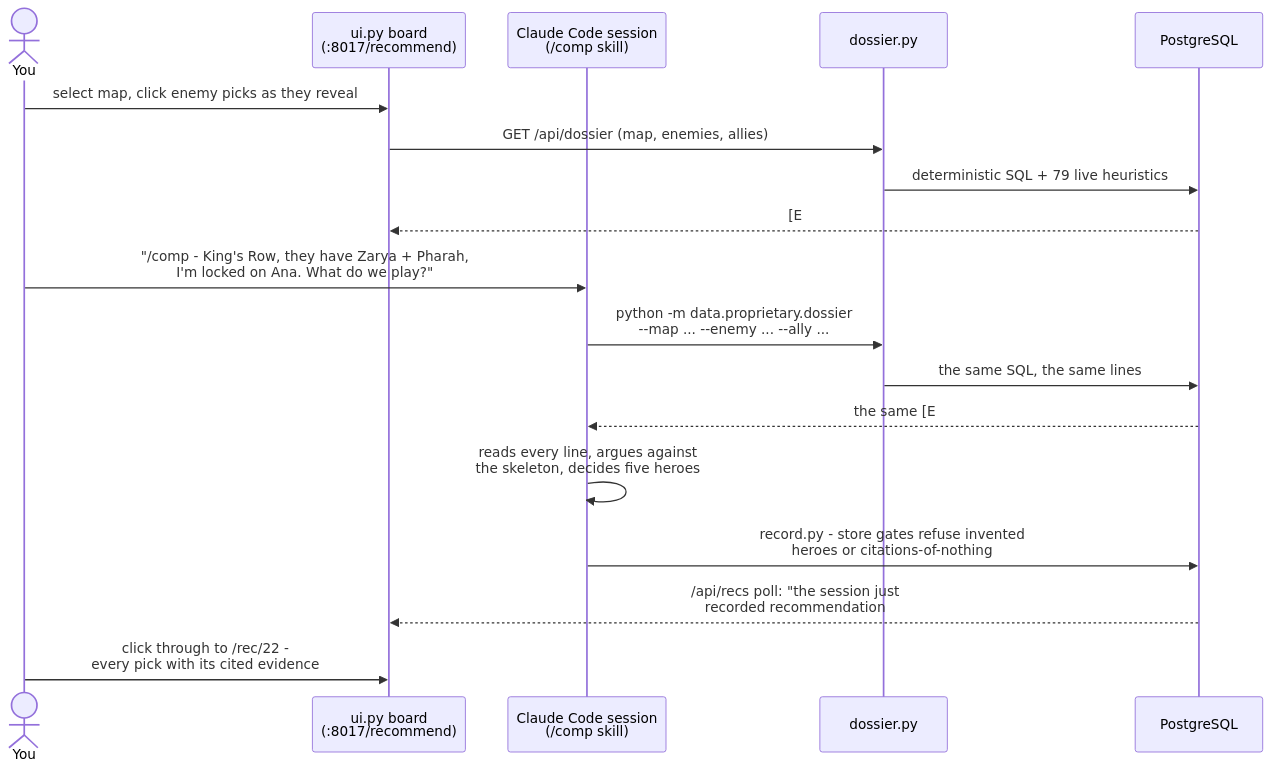
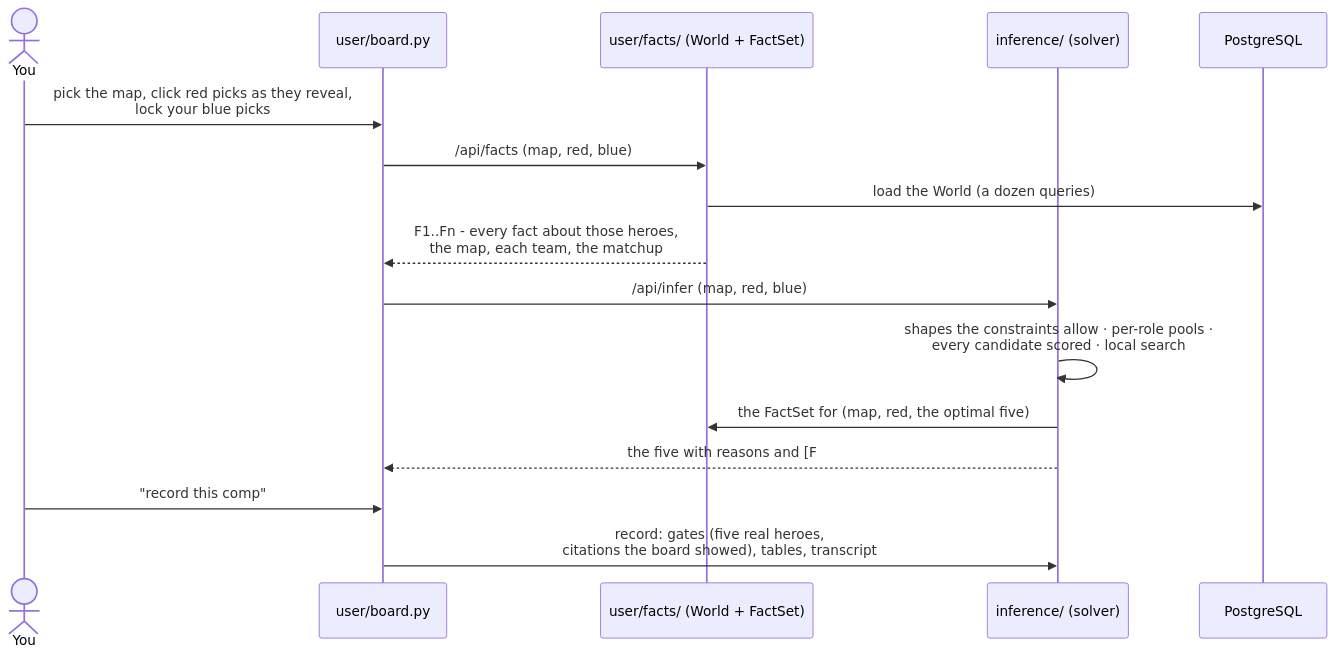
The second of 5 diagrams in docs/architecture.md (mmikol/counter-utility-matrix), drawn with Mermaid before and after one commit. The commit also changed other lines of this file and 140 other files, not shown here.

````diff
--- a/docs/architecture.md
+++ b/docs/architecture.md
@@ -78,22 +75,19 @@
 ```mermaid
 sequenceDiagram
     actor You
-    participant Board as ui.py board<br/>(:8017/recommend)
-    participant Claude as Claude Code session<br/>(/comp skill)
-    participant Dossier as dossier.py
+    participant Board as user/board.py
+    participant Facts as user/facts/ (World + FactSet)
+    participant Solver as inference/ (solver)
     participant DB as PostgreSQL
 
-    You->>Board: select map, click enemy picks as they reveal
-    Board->>Dossier: GET /api/dossier (map, enemies, allies)
-    Dossier->>DB: deterministic SQL + 79 live heuristics
-    DB-->>Board: [E#] evidence lines, live on every click<br/>(100+ facts per named character)
-
-    You->>Claude: "/comp - King's Row, they have Zarya + Pharah,<br/>I'm locked on Ana. What do we play?"
-    Claude->>Dossier: python -m data.proprietary.dossier<br/>--map ... --enemy ... --ally ...
-    Dossier->>DB: the same SQL, the same lines
-    DB-->>Claude: the same [E#] lines - up to ~1,600 for a full 5v5
-    Claude->>Claude: reads every line, argues against<br/>the skeleton, decides five heroes
-    Claude->>DB: record.py - store gates refuse invented<br/>heroes or citations-of-nothing
-    DB-->>Board: /api/recs poll: "the session just<br/>recorded recommendation #22"
-    You->>Board: click through to /rec/22 -<br/>every pick with its cited evidence
+    You->>Board: pick the map, click red picks as they reveal,<br/>lock your blue picks
+    Board->>Facts: /api/facts (map, red, blue)
+    Facts->>DB: load the World (a dozen queries)
+    Facts-->>Board: F1..Fn - every fact about those heroes,<br/>the map, each team, the matchup
+    Board->>Solver: /api/infer (map, red, blue)
+    Solver->>Solver: shapes the constraints allow · per-role pools ·<br/>every candidate scored · local search
+    Solver->>Facts: the FactSet for (map, red, the optimal five)
+    Solver-->>Board: the five with reasons and [F#] citations,<br/>score per heuristic, alternatives
+    You->>Board: "record this comp"
+    Board->>Solver: record: gates (five real heroes,<br/>citations the board showed), tables, transcript
 ```
````
